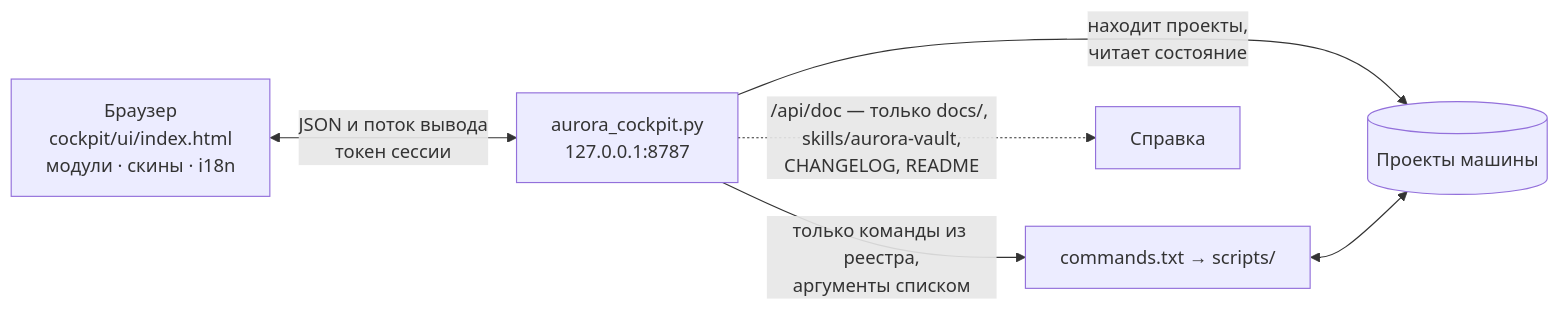
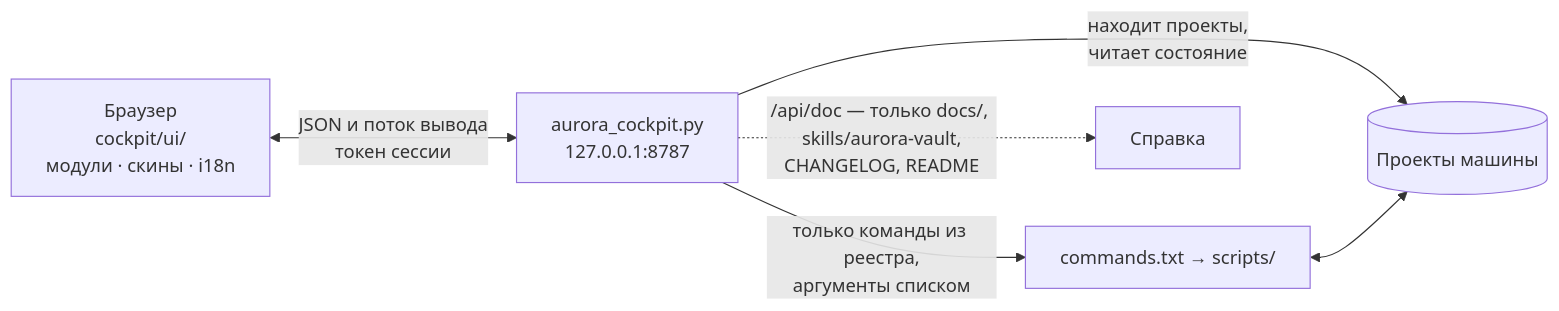
Before and after one commit to VVG-web/aurora-studio: the second of 2 diagrams in docs/control-panel-ui-requirements.md, drawn with Mermaid. The commit also changed other lines of this file and 8 other files, not shown here.

````diff
--- a/docs/control-panel-ui-requirements.md
+++ b/docs/control-panel-ui-requirements.md
@@ -137,8 +137,8 @@
 ```mermaid
 flowchart LR
-  BR["Браузер<br>cockpit/ui/index.html<br>модули · скины · i18n"] <-->|"JSON и поток вывода<br>токен сессии"| SV["aurora_cockpit.py<br>127.0.0.1:8787"]
+  BR["Браузер<br>cockpit/ui/<br>модули · скины · i18n"] <-->|"JSON и поток вывода<br>токен сессии"| SV["aurora_cockpit.py<br>127.0.0.1:8787"]
   SV -->|"только команды из реестра,<br>аргументы списком"| CMD["commands.txt → scripts/"]
   SV -->|"находит проекты,<br>читает состояние"| PRJ[("Проекты машины")]
   CMD <--> PRJ
   SV -.->|"/api/doc — только docs/, skills/aurora-vault,<br>CHANGELOG, README"| DOCS["Справка"]
 ```
````
